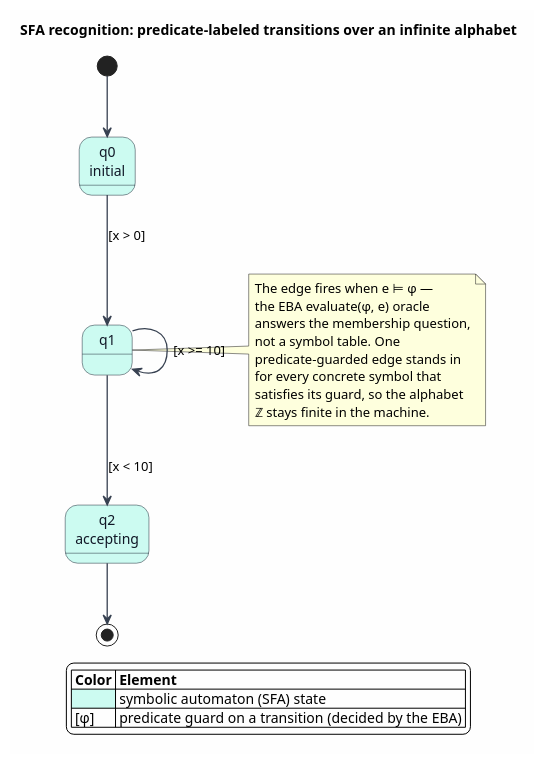
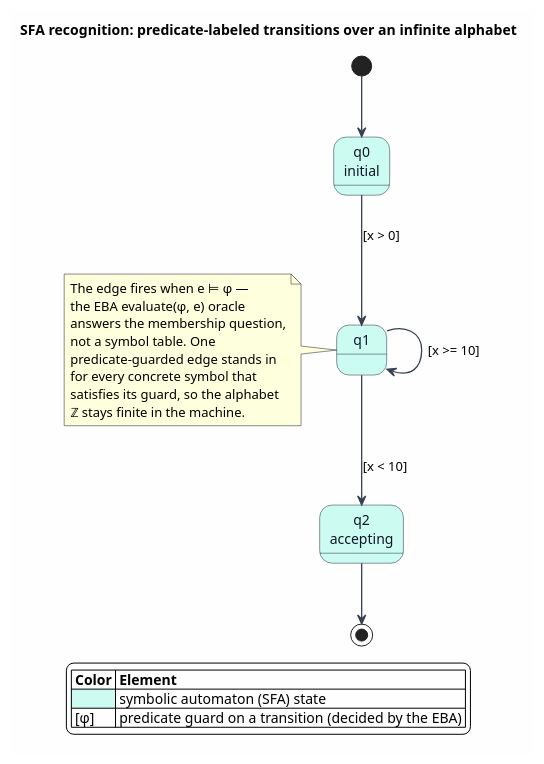
One commit to F1R3FLY-io/mettail-rust changed the diagram in docs/architecture/semantic-predicates/figures/03-sfa-recognition.puml. Above: the diagram before and after it, drawn with PlantUML. The commit also changed 3 other files, not shown here.

First line of the commit message:
docs(semantic-predicates): move two diagram notes left to clear the self-loop labels

```diff
--- a/docs/architecture/semantic-predicates/figures/03-sfa-recognition.puml
+++ b/docs/architecture/semantic-predicates/figures/03-sfa-recognition.puml
@@ -1,41 +1,41 @@
 @startuml
 title SFA recognition: predicate-labeled transitions over an infinite alphabet
 
 skinparam backgroundColor #FEFEFE
 skinparam shadowing false
 skinparam ArrowColor #374151
 skinparam ArrowThickness 1.3
 skinparam state {
   BorderColor #1F2937
   FontColor #111827
   AttributeFontColor #111827
 }
 
 [*] --> q0
 
 state "q0\ninitial" as q0 #CCFBF1
 state "q1" as q1 #CCFBF1
 state "q2\naccepting" as q2 #CCFBF1
 
 q0 --> q1 : [x > 0]
 q1 --> q2 : [x < 10]
 q1 --> q1 : [x >= 10]
 q2 --> [*]
 
-note right of q1
+note left of q1
   The edge fires when e ⊨ φ —
   the EBA evaluate(φ, e) oracle
   answers the membership question,
   not a symbol table. One
   predicate-guarded edge stands in
   for every concrete symbol that
   satisfies its guard, so the alphabet
   ℤ stays finite in the machine.
 end note
 
 legend bottom
 |= Color |= Element |
 |<#CCFBF1> | symbolic automaton (SFA) state |
 | [φ] | predicate guard on a transition (decided by the EBA) |
 endlegend
 @enduml
```
